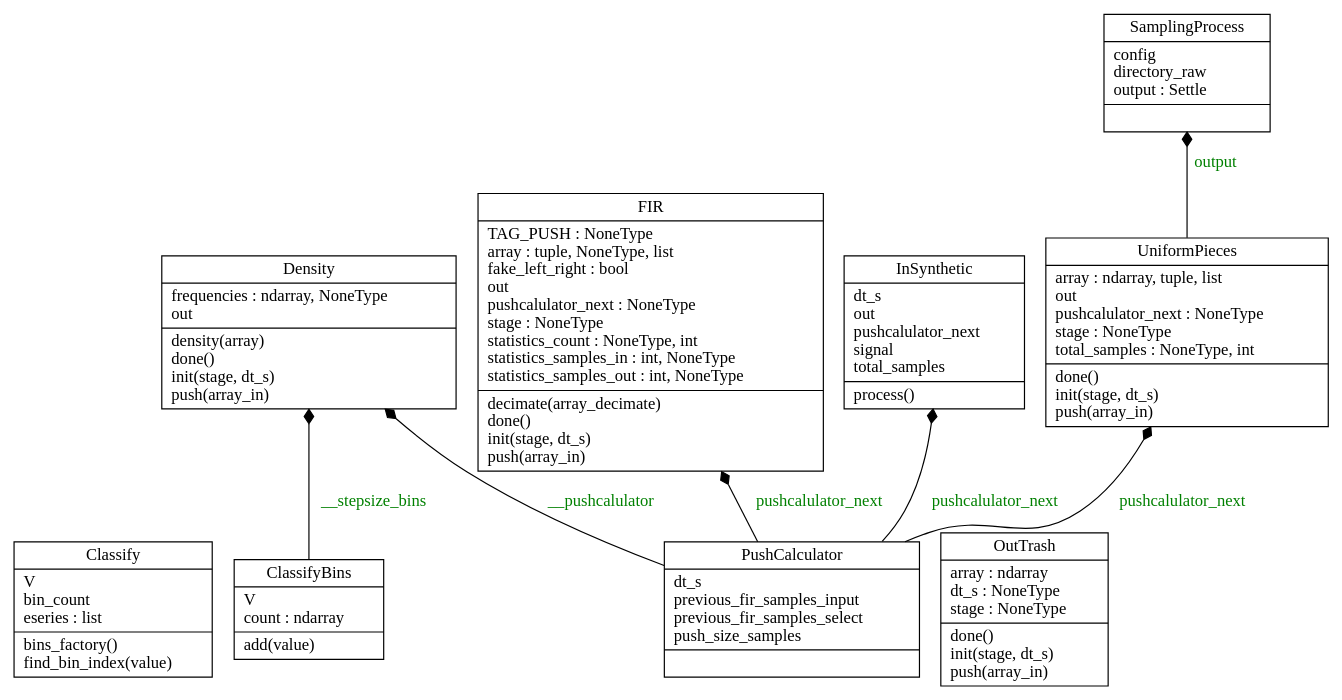
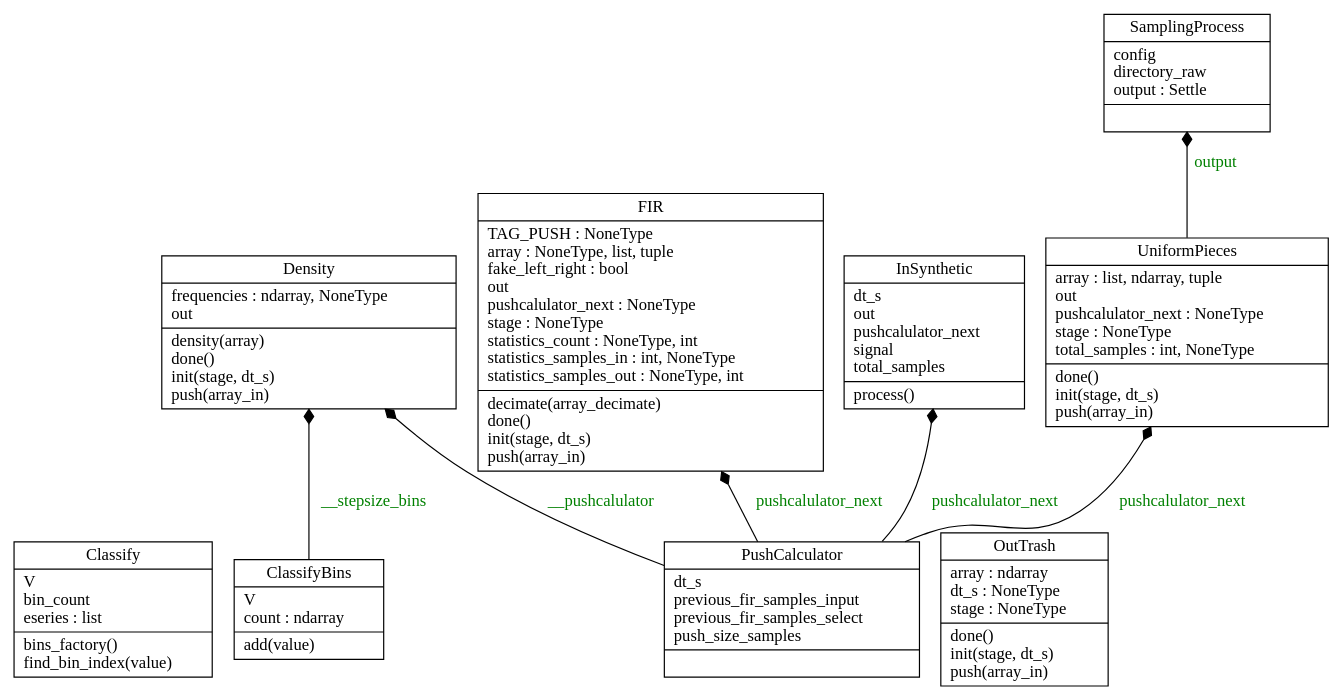
One commit to nanophysics/pymeas2019_noise changed the diagram in documentation/developer_diagrams/classes_FIR.dot. Above: the diagram before and after it, drawn with Graphviz. The commit also changed 22 other files, not shown here.

```diff
--- a/documentation/developer_diagrams/classes_FIR.dot
+++ b/documentation/developer_diagrams/classes_FIR.dot
@@ -1,19 +1,19 @@
 digraph "classes_FIR" {
 charset="utf-8"
 rankdir=BT
 "0" [label="{Classify|V\lbin_count\leseries : list\l|bins_factory()\lfind_bin_index(value)\l}", shape="record"];
 "1" [label="{ClassifyBins|V\lcount : ndarray\l|add(value)\l}", shape="record"];
 "2" [label="{Density|frequencies : ndarray, NoneType\lout\l|density(array)\ldone()\linit(stage, dt_s)\lpush(array_in)\l}", shape="record"];
-"3" [label="{FIR|TAG_PUSH : NoneType\larray : tuple, NoneType, list\lfake_left_right : bool\lout\lpushcalulator_next : NoneType\lstage : NoneType\lstatistics_count : NoneType, int\lstatistics_samples_in : int, NoneType\lstatistics_samples_out : int, NoneType\l|decimate(array_decimate)\ldone()\linit(stage, dt_s)\lpush(array_in)\l}", shape="record"];
+"3" [label="{FIR|TAG_PUSH : NoneType\larray : NoneType, list, tuple\lfake_left_right : bool\lout\lpushcalulator_next : NoneType\lstage : NoneType\lstatistics_count : NoneType, int\lstatistics_samples_in : int, NoneType\lstatistics_samples_out : NoneType, int\l|decimate(array_decimate)\ldone()\linit(stage, dt_s)\lpush(array_in)\l}", shape="record"];
 "4" [label="{InSynthetic|dt_s\lout\lpushcalulator_next\lsignal\ltotal_samples\l|process()\l}", shape="record"];
 "5" [label="{OutTrash|array : ndarray\ldt_s : NoneType\lstage : NoneType\l|done()\linit(stage, dt_s)\lpush(array_in)\l}", shape="record"];
 "6" [label="{PushCalculator|dt_s\lprevious_fir_samples_input\lprevious_fir_samples_select\lpush_size_samples\l|}", shape="record"];
 "7" [label="{SamplingProcess|config\ldirectory_raw\loutput : Settle\l|}", shape="record"];
-"8" [label="{UniformPieces|array : ndarray, tuple, list\lout\lpushcalulator_next : NoneType\lstage : NoneType\ltotal_samples : NoneType, int\l|done()\linit(stage, dt_s)\lpush(array_in)\l}", shape="record"];
+"8" [label="{UniformPieces|array : list, ndarray, tuple\lout\lpushcalulator_next : NoneType\lstage : NoneType\ltotal_samples : int, NoneType\l|done()\linit(stage, dt_s)\lpush(array_in)\l}", shape="record"];
 "1" -> "2" [arrowhead="diamond", arrowtail="none", fontcolor="green", label="__stepsize_bins", style="solid"];
 "6" -> "2" [arrowhead="diamond", arrowtail="none", fontcolor="green", label="__pushcalulator", style="solid"];
 "6" -> "3" [arrowhead="diamond", arrowtail="none", fontcolor="green", label="pushcalulator_next", style="solid"];
 "6" -> "4" [arrowhead="diamond", arrowtail="none", fontcolor="green", label="pushcalulator_next", style="solid"];
 "6" -> "8" [arrowhead="diamond", arrowtail="none", fontcolor="green", label="pushcalulator_next", style="solid"];
 "8" -> "7" [arrowhead="diamond", arrowtail="none", fontcolor="green", label="output", style="solid"];
 }
```
